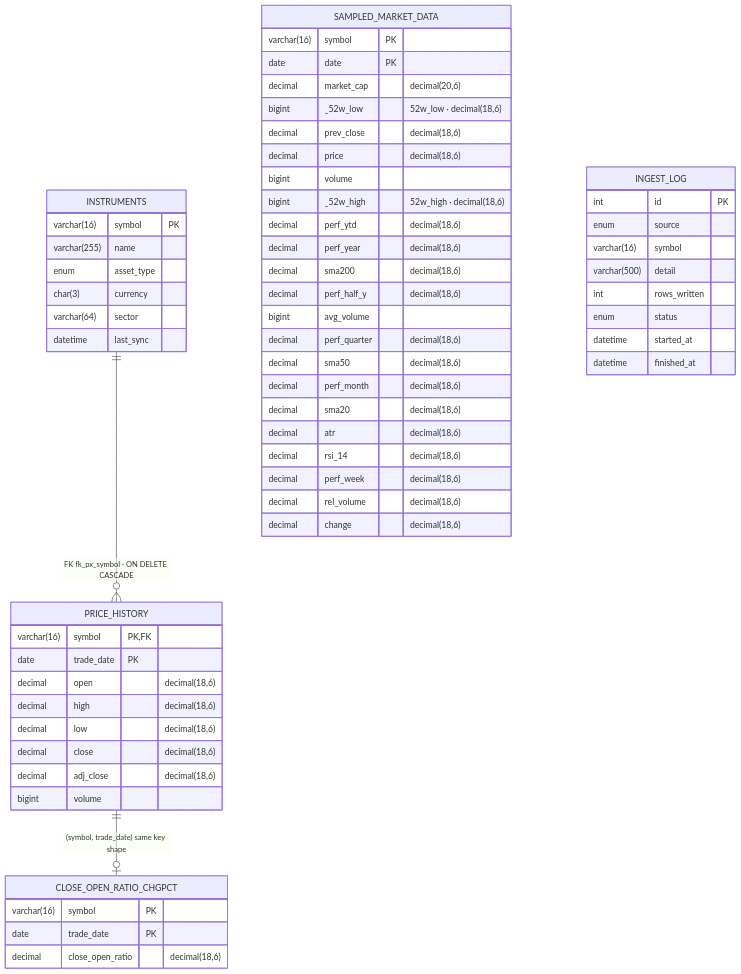
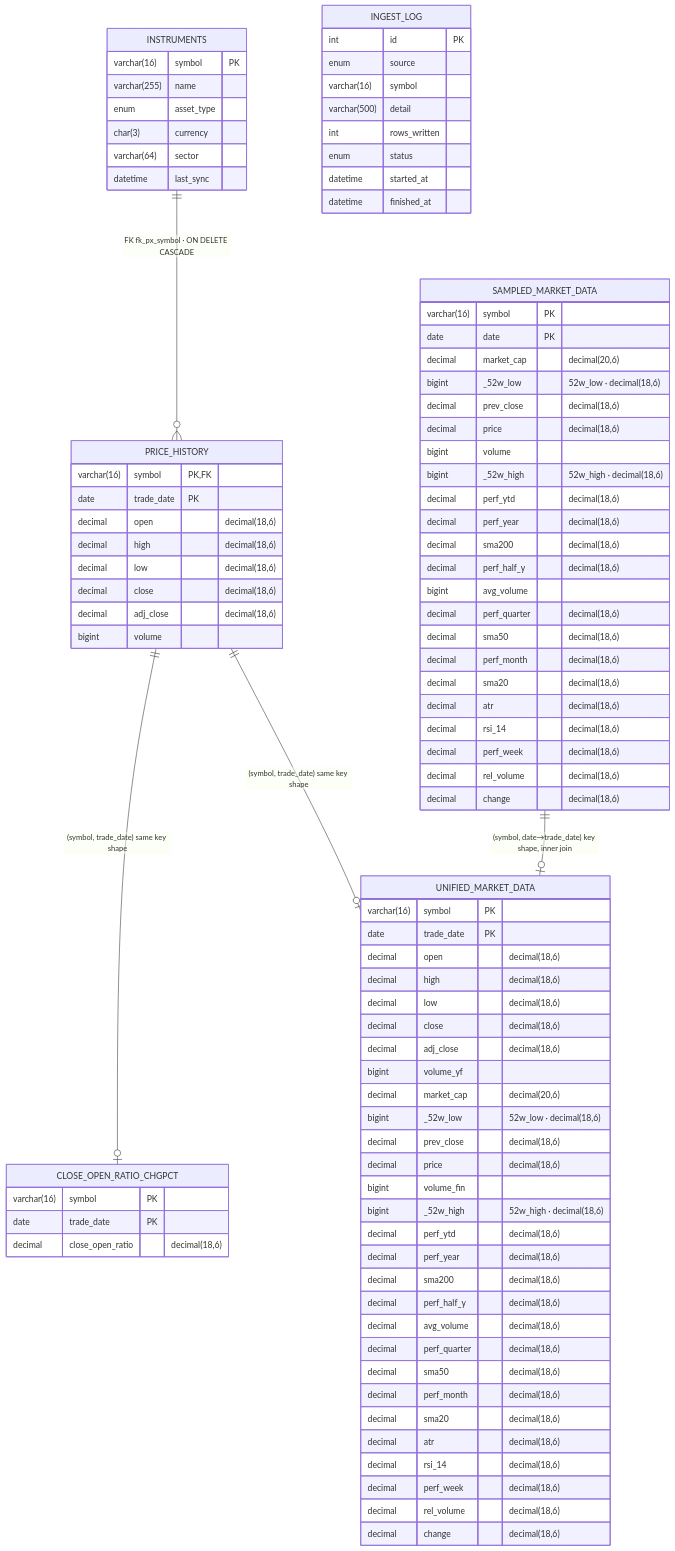
The second of 2 diagrams in docs/architecture.md (nickhsu989/AIPE04_midterm), drawn with Mermaid before and after one commit. The commit also changed other lines of this file and 2 other files, not shown here.

```diff
--- a/docs/architecture.md
+++ b/docs/architecture.md
@@ -140,6 +140,8 @@
 erDiagram
     INSTRUMENTS ||--o{ PRICE_HISTORY : "FK fk_px_symbol · ON DELETE CASCADE"
     PRICE_HISTORY ||--o| CLOSE_OPEN_RATIO_CHGPCT : "(symbol, trade_date) same key shape"
+    PRICE_HISTORY ||--o| UNIFIED_MARKET_DATA : "(symbol, trade_date) same key shape"
+    SAMPLED_MARKET_DATA ||--o| UNIFIED_MARKET_DATA : "(symbol, date→trade_date) key shape, inner join"
 
     INSTRUMENTS {
         varchar(16) symbol PK
@@ -186,6 +188,37 @@
         decimal change "decimal(18,6)"
     }
 
+    UNIFIED_MARKET_DATA {
+        varchar(16) symbol PK
+        date trade_date PK
+        decimal open "decimal(18,6)"
+        decimal high "decimal(18,6)"
+        decimal low "decimal(18,6)"
+        decimal close "decimal(18,6)"
+        decimal adj_close "decimal(18,6)"
+        bigint volume_yf
+        decimal market_cap "decimal(20,6)"
+        bigint _52w_low "52w_low · decimal(18,6)"
+        decimal prev_close "decimal(18,6)"
+        decimal price "decimal(18,6)"
+        bigint volume_fin
+        bigint _52w_high "52w_high · decimal(18,6)"
+        decimal perf_ytd "decimal(18,6)"
+        decimal perf_year "decimal(18,6)"
+        decimal sma200 "decimal(18,6)"
+        decimal perf_half_y "decimal(18,6)"
+        decimal avg_volume "decimal(18,6)"
+        decimal perf_quarter "decimal(18,6)"
+        decimal sma50 "decimal(18,6)"
+        decimal perf_month "decimal(18,6)"
+        decimal sma20 "decimal(18,6)"
+        decimal atr "decimal(18,6)"
+        decimal rsi_14 "decimal(18,6)"
+        decimal perf_week "decimal(18,6)"
+        decimal rel_volume "decimal(18,6)"
+        decimal change "decimal(18,6)"
+    }
+
     CLOSE_OPEN_RATIO_CHGPCT {
         varchar(16) symbol PK
         date trade_date PK
```
